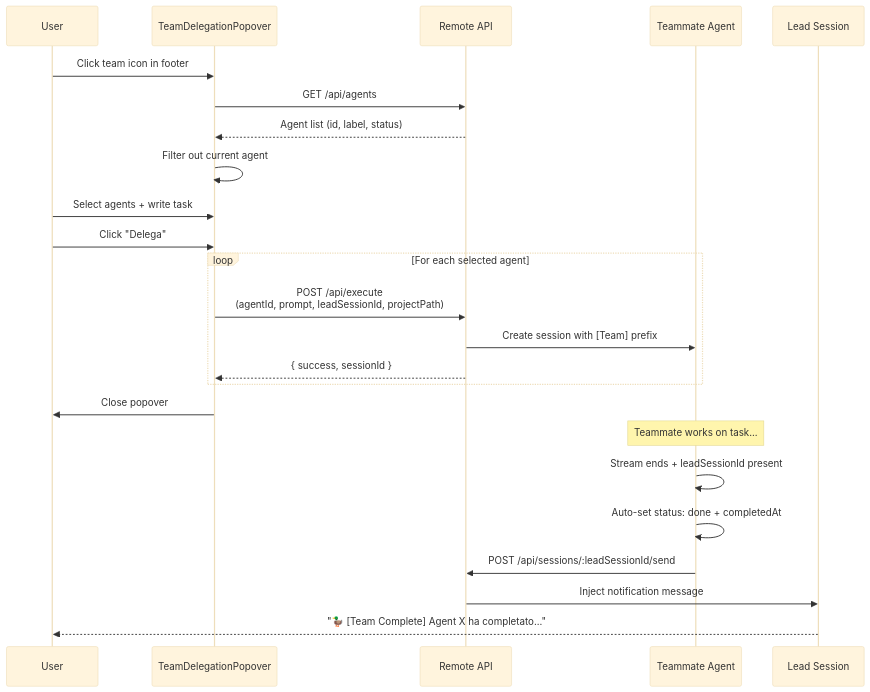
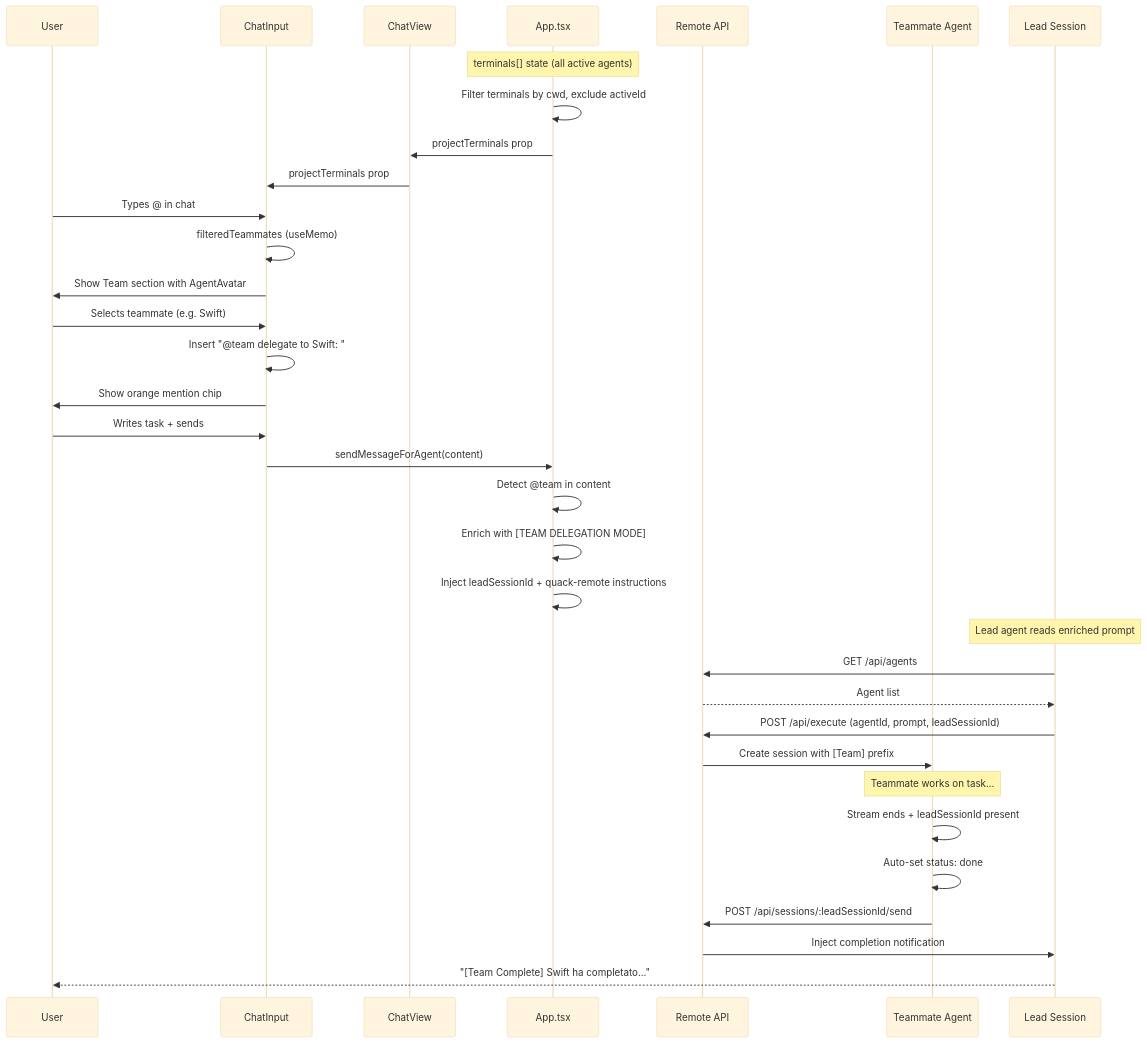
The diagram in documentation/patterns/team-delegation-flow.mmd (AlekDob/quack-app), drawn with Mermaid (base theme) before and after one commit. The commit also changed 152 other files, not shown here.

```diff
--- a/documentation/patterns/team-delegation-flow.mmd
+++ b/documentation/patterns/team-delegation-flow.mmd
@@ -1,29 +1,43 @@
 sequenceDiagram
     participant U as User
-    participant P as TeamDelegationPopover
+    participant CI as ChatInput
+    participant CV as ChatView
+    participant APP as App.tsx
     participant API as Remote API
     participant T as Teammate Agent
     participant L as Lead Session
 
-    U->>P: Click team icon in footer
-    P->>API: GET /api/agents
-    API-->>P: Agent list (id, label, status)
-    P->>P: Filter out current agent
-    U->>P: Select agents + write task
-    U->>P: Click "Delega"
+    Note over APP: terminals[] state (all active agents)
+    APP->>APP: Filter terminals by cwd, exclude activeId
+    APP->>CV: projectTerminals prop
+    CV->>CI: projectTerminals prop
 
-    loop For each selected agent
-        P->>API: POST /api/execute<br/>(agentId, prompt, leadSessionId, projectPath)
-        API->>T: Create session with [Team] prefix
-        API-->>P: { success, sessionId }
-    end
+    U->>CI: Types @ in chat
+    CI->>CI: filteredTeammates (useMemo)
+    CI->>U: Show Team section with AgentAvatar
 
-    P->>U: Close popover
+    U->>CI: Selects teammate (e.g. Swift)
+    CI->>CI: Insert "@team delegate to Swift: "
+    CI->>U: Show orange mention chip
+
+    U->>CI: Writes task + sends
+    CI->>APP: sendMessageForAgent(content)
+
+    APP->>APP: Detect @team in content
+    APP->>APP: Enrich with [TEAM DELEGATION MODE]
+    APP->>APP: Inject leadSessionId + quack-remote instructions
+
+    Note over L: Lead agent reads enriched prompt
+
+    L->>API: GET /api/agents
+    API-->>L: Agent list
+    L->>API: POST /api/execute (agentId, prompt, leadSessionId)
+    API->>T: Create session with [Team] prefix
 
     Note over T: Teammate works on task...
 
     T->>T: Stream ends + leadSessionId present
-    T->>T: Auto-set status: done + completedAt
+    T->>T: Auto-set status: done
     T->>API: POST /api/sessions/:leadSessionId/send
-    API->>L: Inject notification message
-    L-->>U: "🦆 [Team Complete] Agent X ha completato..."
+    API->>L: Inject completion notification
+    L-->>U: "[Team Complete] Swift ha completato..."
```
